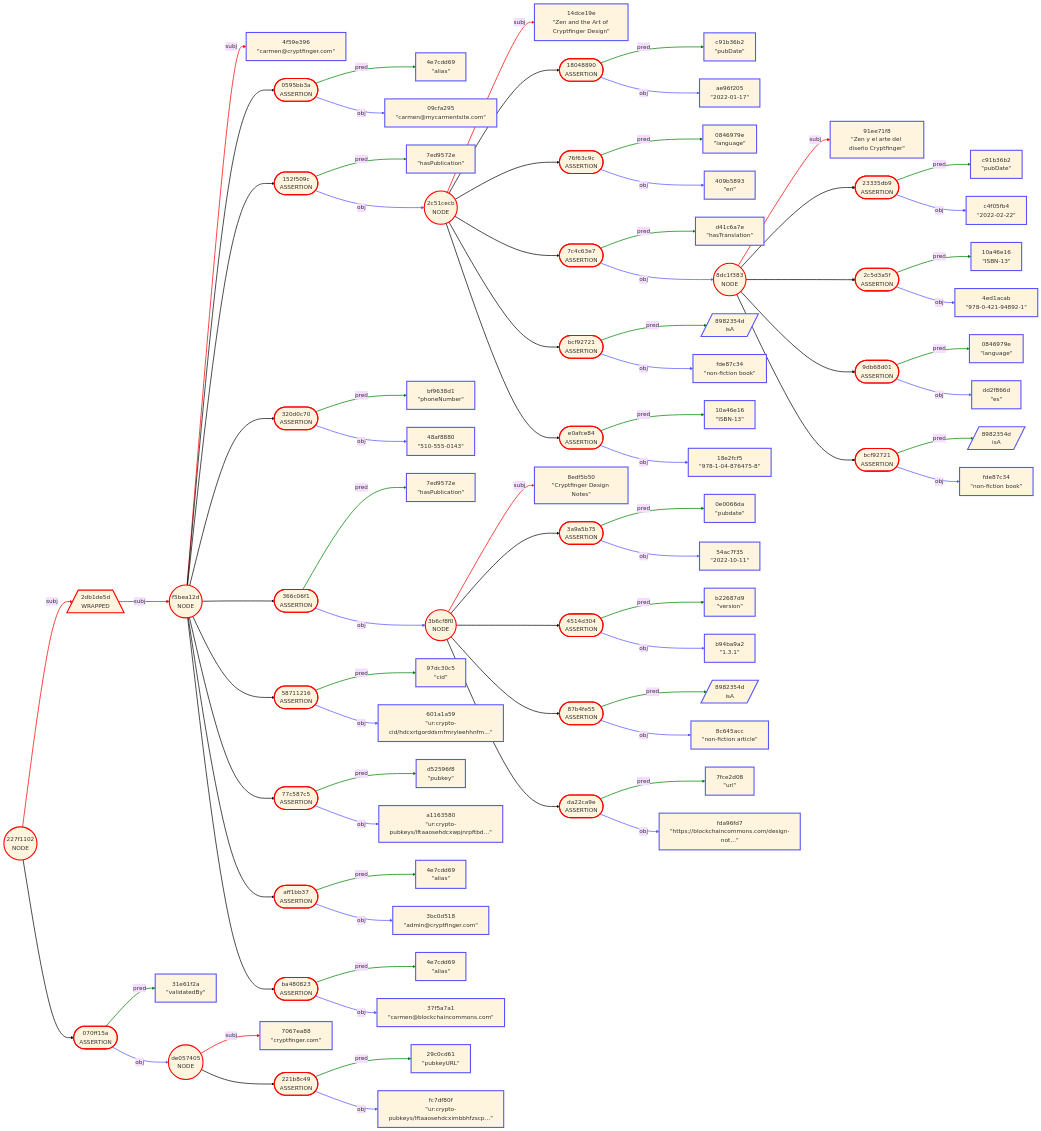
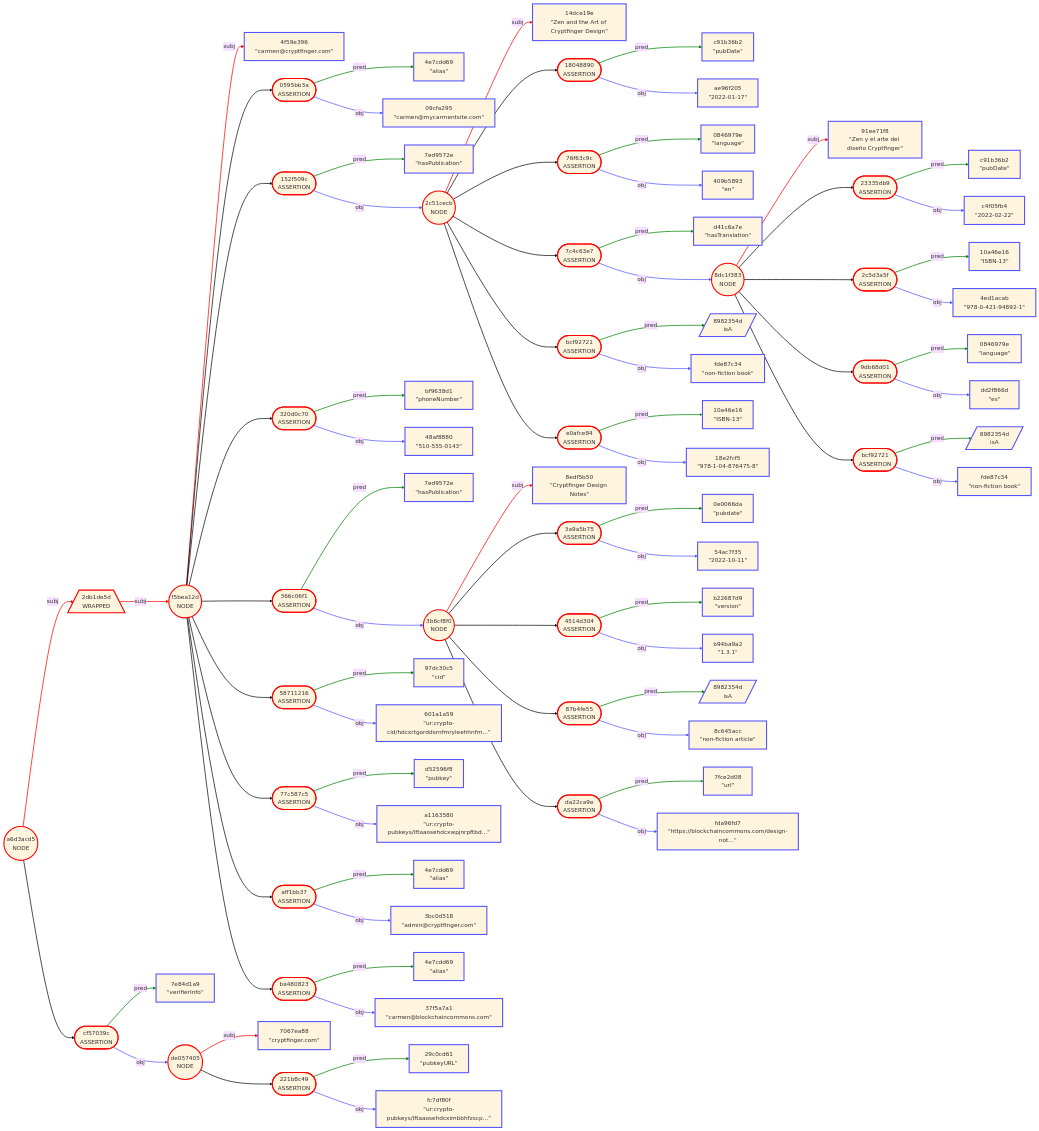
One commit to BlockchainCommons/Gordian changed the second of 3 diagrams in Docs/Envelope-Use-Cases-Data.md. Above: the diagram before and after it, drawn with Mermaid (base theme). The commit also changed other lines of this file, not shown here.

Commit message:
validatedBy -> verifierInfo

````diff
--- a/Docs/Envelope-Use-Cases-Data.md
+++ b/Docs/Envelope-Use-Cases-Data.md
@@ -370,6 +370,6 @@
 ```mermaid
 graph LR
-    1(("227f1102<br/>NODE"))
+    1(("a6d3acd5<br/>NODE"))
     2[/"2db1de5d<br/>WRAPPED"\]
     3(("f5bea12d<br/>NODE"))
     4["4f59e396<br/>#quot;carmen@cryptfinger.com#quot;"]
@@ -439,8 +439,8 @@
     68(["ba480823<br/>ASSERTION"])
     69["4e7cdd69<br/>#quot;alias#quot;"]
     70["37f5a7a1<br/>#quot;carmen@blockchaincommons.com#quot;"]
-    71(["070ff15a<br/>ASSERTION"])
-    72["31e61f2a<br/>#quot;validatedBy#quot;"]
+    71(["cf57039c<br/>ASSERTION"])
+    72["7e84d1a9<br/>#quot;verifierInfo#quot;"]
     73(("de057405<br/>NODE"))
     74["7067ea88<br/>#quot;cryptfinger.com#quot;"]
     75(["221b8c49<br/>ASSERTION"])
````
